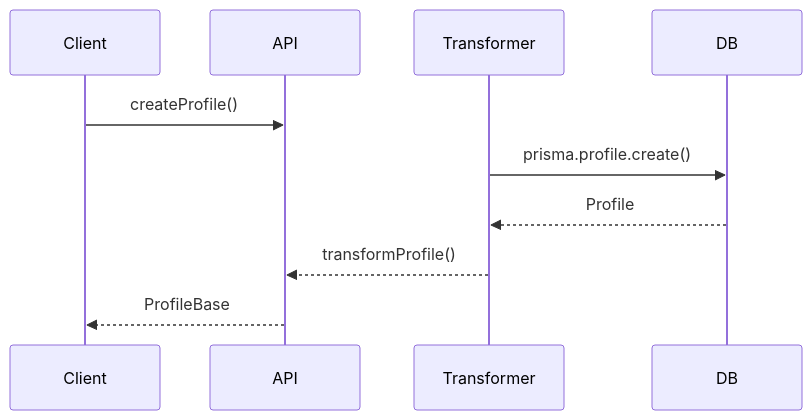
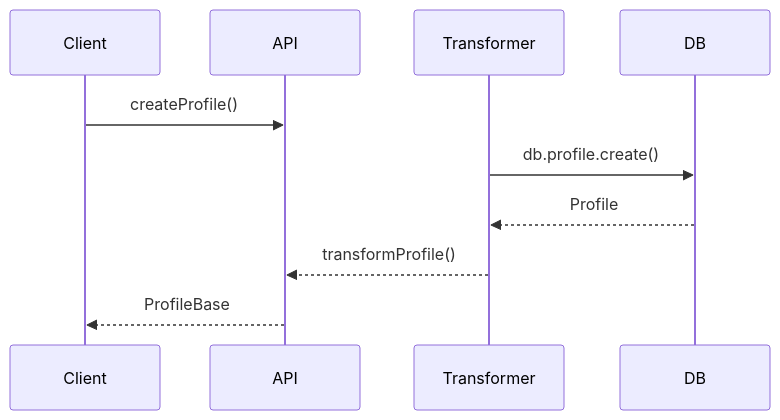
One commit to gvastethecreator/media-manager changed the second of 2 diagrams in src/types/entities/profile/documentation.md. Above: the diagram before and after it, drawn with Mermaid. The commit also changed 185 other files, not shown here.

````diff
--- a/src/types/entities/profile/documentation.md
+++ b/src/types/entities/profile/documentation.md
@@ -57,13 +57,13 @@
 ```mermaid
 sequenceDiagram
     participant Client
     participant API
     participant Transformer
     participant DB
     Client->>API: createProfile()
     
-    Transformer->>DB: prisma.profile.create()
+    Transformer->>DB: db.profile.create()
     DB-->>Transformer: Profile
     Transformer-->>API: transformProfile()
     API-->>Client: ProfileBase
 ```
````
